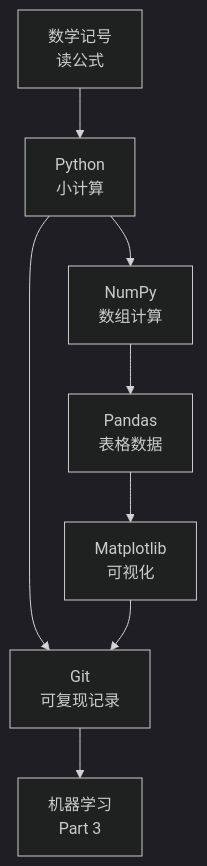
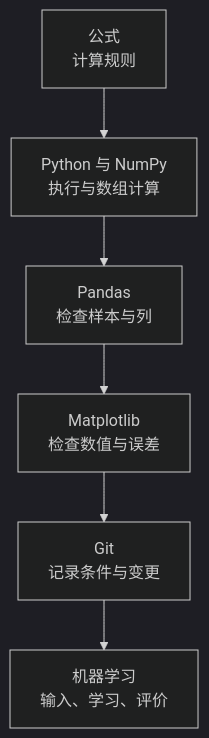
Before and after one commit to devchan64/AiBook: the diagram in docs/assets/part-02/chapter-15/part2-learning-map-flow-zh.mmd, drawn with Mermaid (dark theme). The commit also changed 22 other files, not shown here.

```diff
--- a/docs/assets/part-02/chapter-15/part2-learning-map-flow-zh.mmd
+++ b/docs/assets/part-02/chapter-15/part2-learning-map-flow-zh.mmd
@@ -1,15 +1,9 @@
 flowchart TD
-  A["数学记号<br/>读公式"]
-  B["Python<br/>小计算"]
-  C["NumPy<br/>数组计算"]
-  D["Pandas<br/>表格数据"]
-  E["Matplotlib<br/>可视化"]
-  F["Git<br/>可复现记录"]
-  G["机器学习<br/>Part 3"]
+  A["公式<br/>计算规则"]
+  B["Python 与 NumPy<br/>执行与数组计算"]
+  C["Pandas<br/>检查样本与列"]
+  D["Matplotlib<br/>检查数值与误差"]
+  E["Git<br/>记录条件与变更"]
+  F["机器学习<br/>输入、学习、评价"]
 
-  A --> B --> C
-  C --> D
-  D --> E
-  B --> F
-  E --> F
-  F --> G
+  A --> B --> C --> D --> E --> F
```
